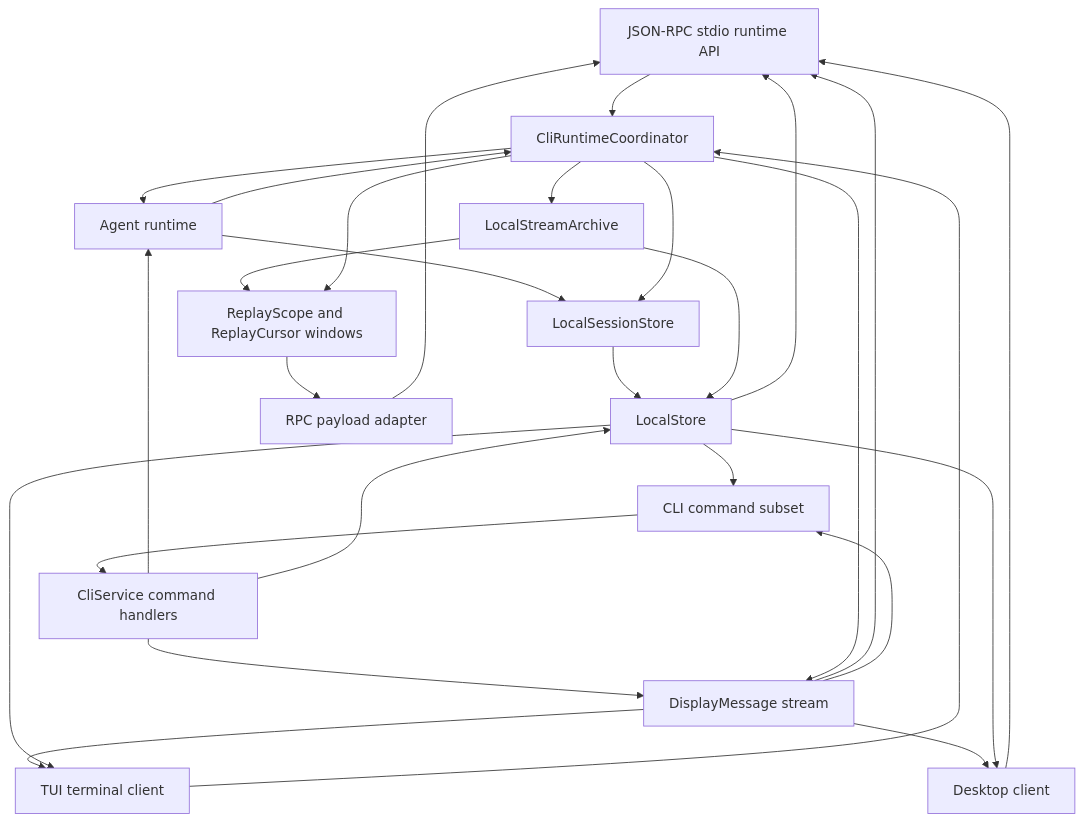
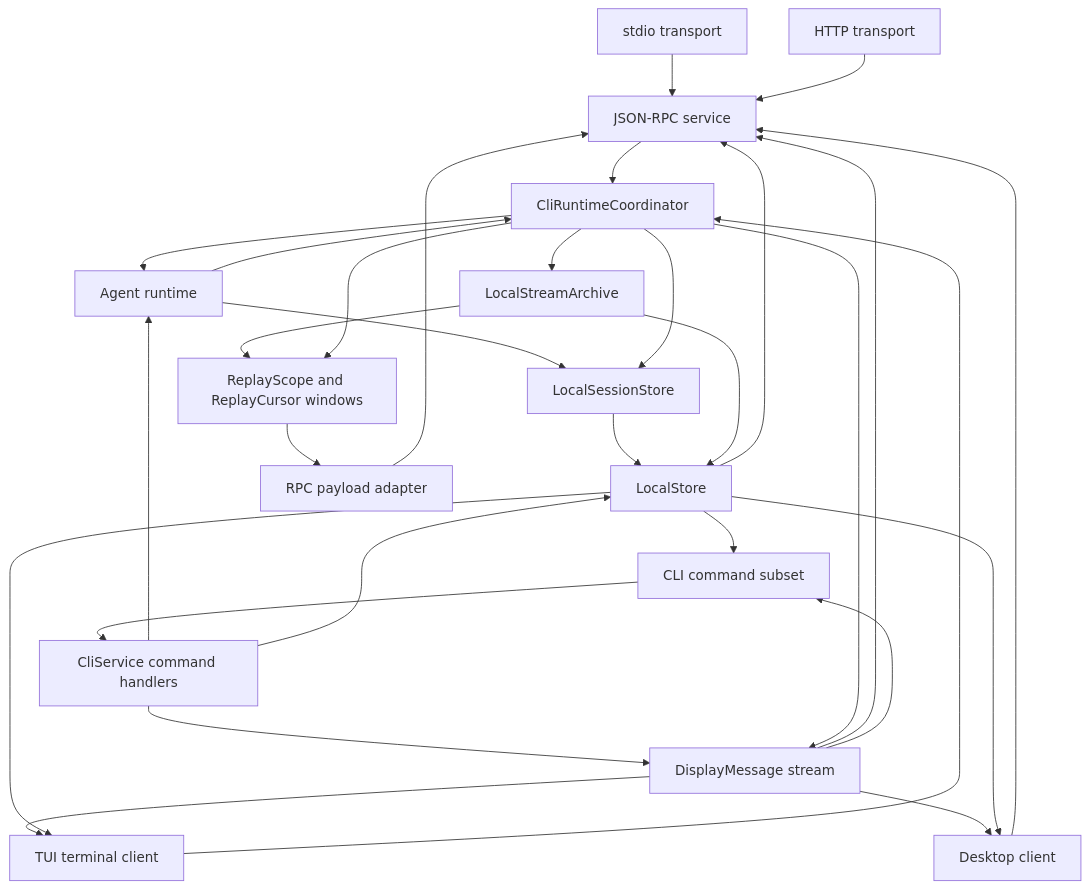
The first of 3 diagrams in spec/ops/04-cli-product.md (Wh1isper/starweaver), drawn with Mermaid before and after one commit. The commit also changed other lines of this file and 40 other files, not shown here.

First line of the commit message:
feat(cli): add JSON-RPC host support (#2)

````diff
--- a/spec/ops/04-cli-product.md
+++ b/spec/ops/04-cli-product.md
@@ -198,44 +227,48 @@
 ```mermaid
 flowchart TD
-    rpc[JSON-RPC stdio runtime API]
+    rpc[JSON-RPC service]
+    stdio[stdio transport]
+    http[HTTP transport]
     cli[CLI command subset]
     tui[TUI terminal client]
     desktop[Desktop client]
     service[CliService command handlers]
     coordinator[CliRuntimeCoordinator]
     store[LocalStore]
     session_store[LocalSessionStore]
     archive[LocalStreamArchive]
     replay[ReplayScope and ReplayCursor windows]
     runtime[Agent runtime]
     display[DisplayMessage stream]
     protocol[RPC payload adapter]
 
+    stdio --> rpc
+    http --> rpc
     rpc --> coordinator
     cli --> service
     tui --> coordinator
     desktop --> rpc
     service --> runtime
     service --> store
     runtime --> session_store
     service --> display
     coordinator --> runtime
     coordinator --> session_store
     coordinator --> archive
     runtime --> coordinator
     coordinator --> display
     session_store --> store
     archive --> store
     archive --> replay
     coordinator --> replay
     replay --> protocol
     protocol --> rpc
     display --> rpc
     display --> cli
     display --> tui
     display --> desktop
     store --> rpc
     store --> cli
     store --> tui
     store --> desktop
 ```
````
